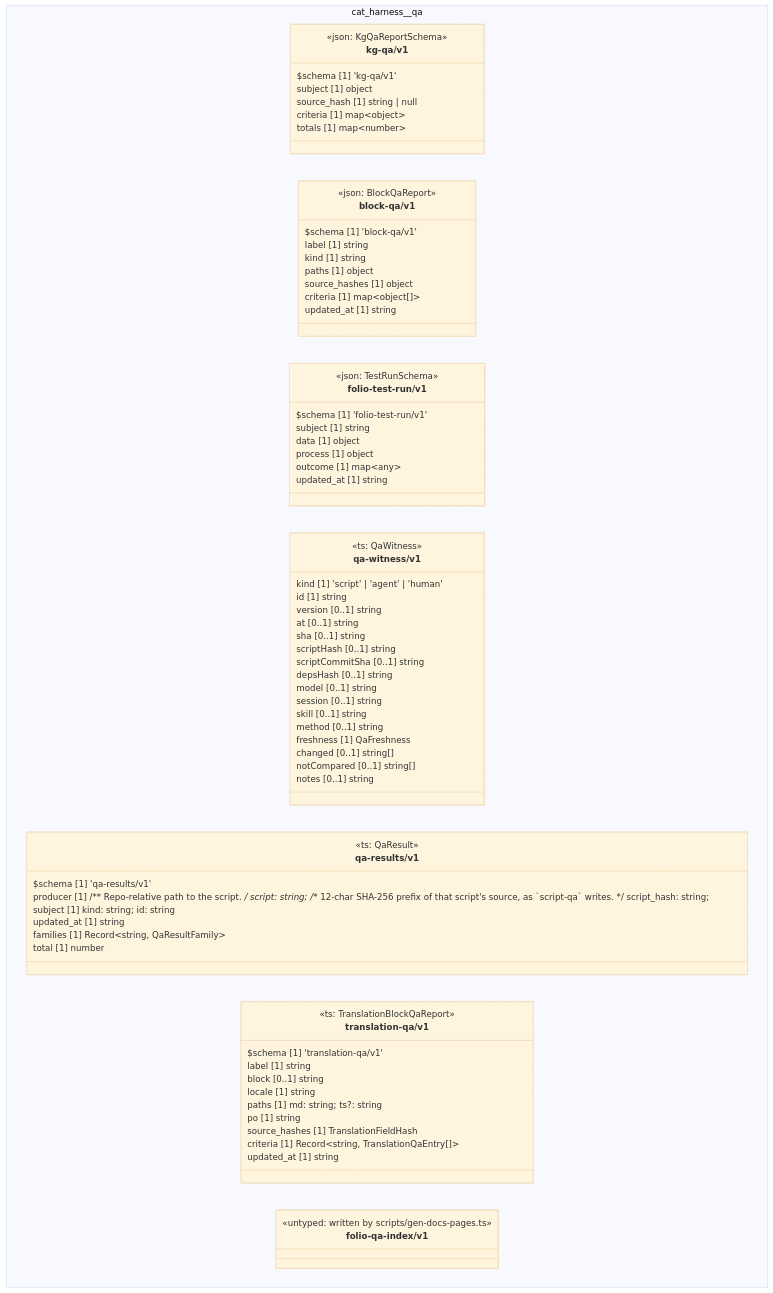
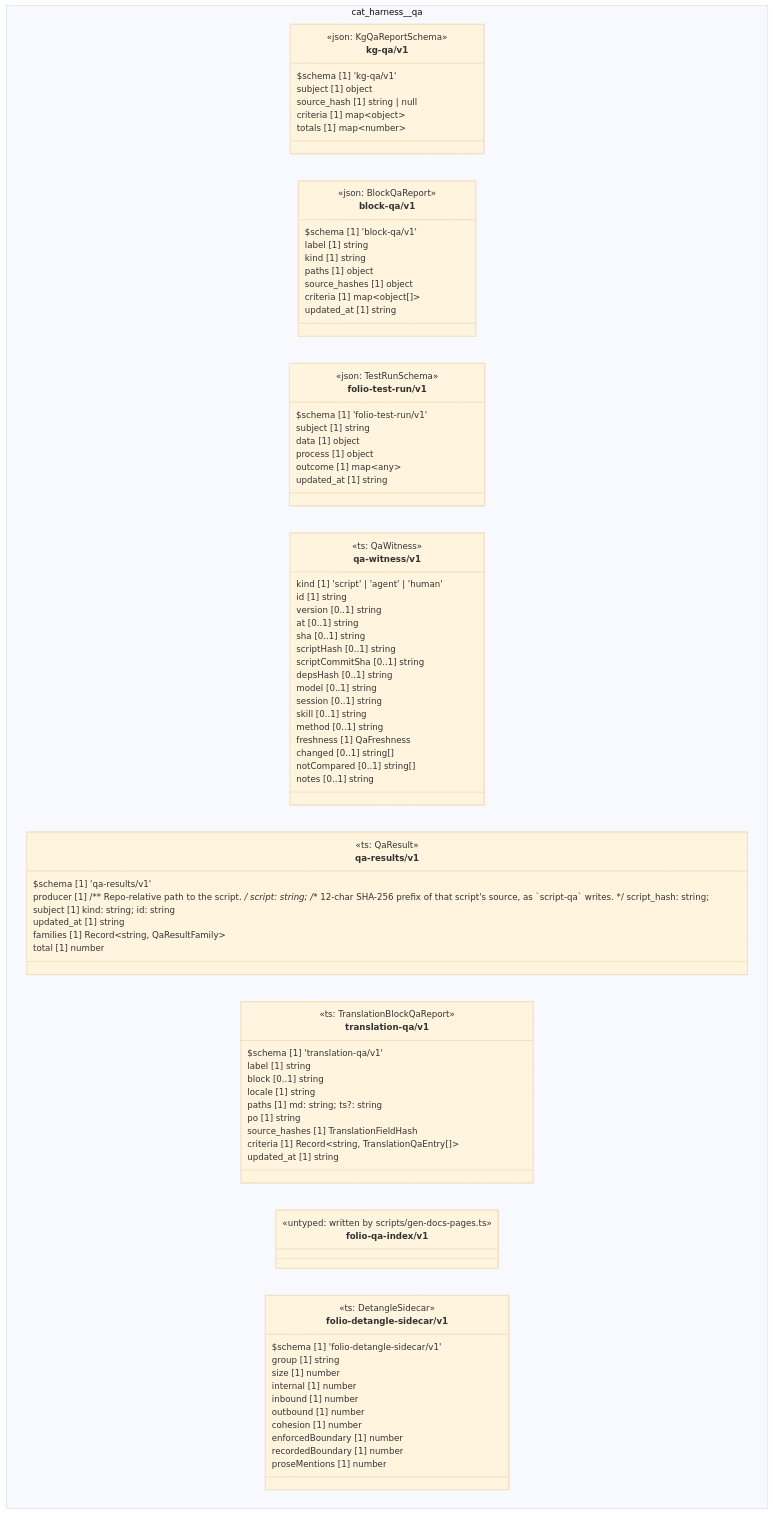
The diagram in cat-harness/docs/uml/overview/cat-harness/qa.md (litlfred/folio-assistant), drawn with Mermaid (base theme) before and after one commit. The commit also changed other lines of this file and 220 other files, not shown here.

First line of the commit message:
quda: register node schemas for the graph kinds that had none

````diff
--- a/cat-harness/docs/uml/overview/cat-harness/qa.md
+++ b/cat-harness/docs/uml/overview/cat-harness/qa.md
@@ -83,6 +83,19 @@
     class cat_harness_qa_folio_qa_index_v1["folio-qa-index/v1"] {
       <<untyped: written by scripts/gen-docs-pages.ts>>
     }
+    class cat_harness_qa_folio_detangle_sidecar_v1["folio-detangle-sidecar/v1"] {
+      <<ts: DetangleSidecar>>
+      $schema [1] 'folio-detangle-sidecar/v1'
+      group [1] string
+      size [1] number
+      internal [1] number
+      inbound [1] number
+      outbound [1] number
+      cohesion [1] number
+      enforcedBoundary [1] number
+      recordedBoundary [1] number
+      proseMentions [1] number
+    }
   }
   cssClass "cat_harness_qa_kg_qa_v1_kg_qa_v1" fa_uml_kind_qa
   cssClass "cat_harness_qa_block_qa_v1_block_qa_v1" fa_uml_kind_qa
@@ -91,4 +104,5 @@
   cssClass "cat_harness_qa_qa_results_v1" fa_uml_kind_qa
   cssClass "cat_harness_qa_translation_qa_v1" fa_uml_kind_qa
   cssClass "cat_harness_qa_folio_qa_index_v1" fa_uml_kind_qa
+  cssClass "cat_harness_qa_folio_detangle_sidecar_v1" fa_uml_kind_qa
 ```
````
